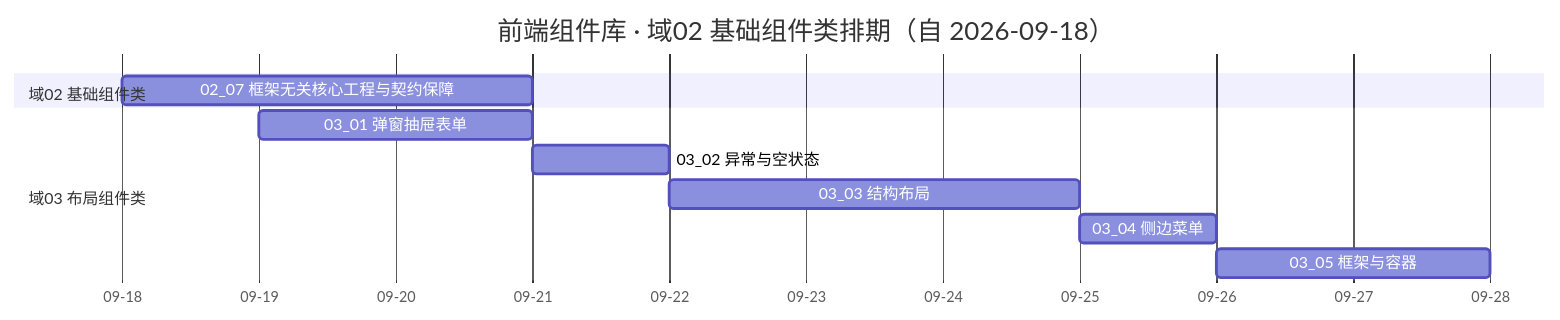
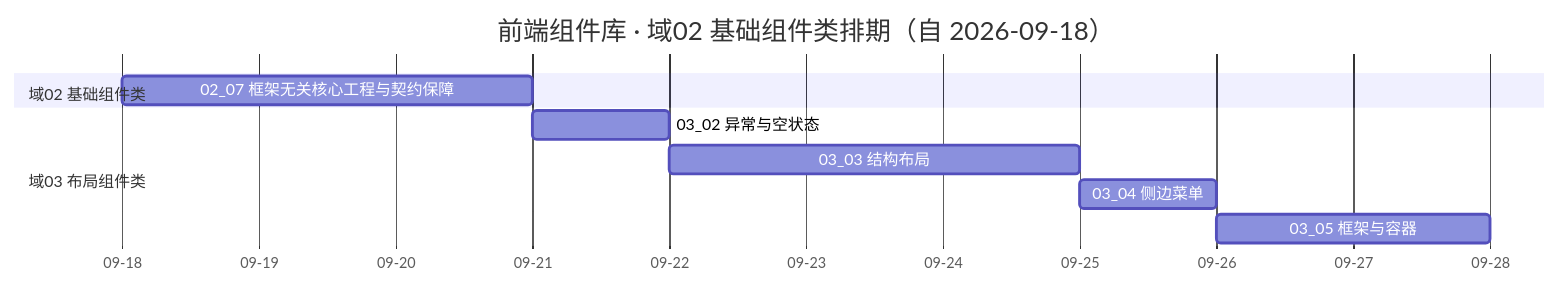
The diagram in bms文档/项目/04_前端组件库/计划/01_计划_前端组件库.md (minjian123/basic-management-system), drawn with Mermaid before and after one commit. The commit also changed other lines of this file and 4 other files, not shown here.

````diff
--- a/bms文档/项目/04_前端组件库/计划/01_计划_前端组件库.md
+++ b/bms文档/项目/04_前端组件库/计划/01_计划_前端组件库.md
@@ -42,14 +42,13 @@
 ```mermaid
 gantt
     title 前端组件库 · 域02 基础组件类排期（自 2026-09-18）
     dateFormat  YYYY-MM-DD
     axisFormat %m-%d
     section 域02 基础组件类
     02_07 框架无关核心工程与契约保障 :a07, 2026-09-18, 3d
     section 域03 布局组件类
-    03_01 弹窗抽屉表单               :b01, 2026-09-19, 2d
     03_02 异常与空状态               :b02, 2026-09-21, 1d
     03_03 结构布局                   :b03, 2026-09-22, 3d
     03_04 侧边菜单                   :b04, 2026-09-25, 1d
     03_05 框架与容器                 :b05, 2026-09-26, 2d
 ```
````
